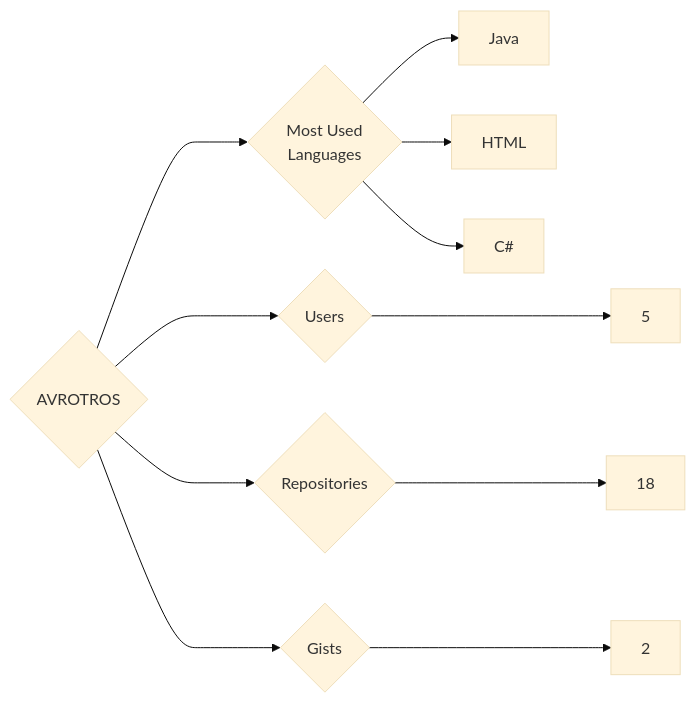
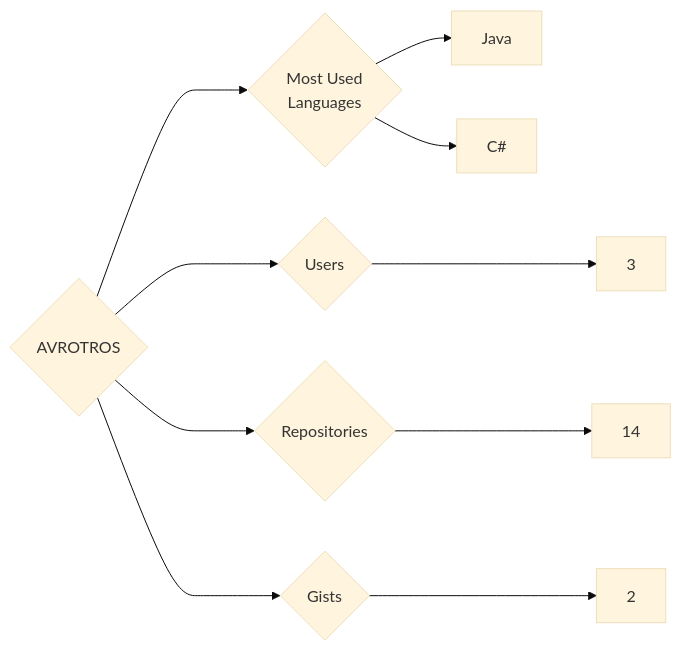
One commit to trickest/insiders changed the diagram in targets/AVROTROS/README.md. Above: the diagram before and after it, drawn with Mermaid (base theme). The commit also changed 837 other files, not shown here.

````diff
--- a/targets/AVROTROS/README.md
+++ b/targets/AVROTROS/README.md
@@ -3,11 +3,10 @@
 ```mermaid
 graph LR
 COMPANY_NAME{AVROTROS}
-COMPANY_NAME ---> U{Users} ---> UN[5]
-COMPANY_NAME ---> R{Repositories} ---> RN[18]
+COMPANY_NAME ---> U{Users} ---> UN[3]
+COMPANY_NAME ---> R{Repositories} ---> RN[14]
 COMPANY_NAME ---> G{Gists} ---> GN[2]
 COMPANY_NAME ---> ML{Most Used<br>Languages}
 ML --> Java[Java]
-ML --> HTML[HTML]
 ML --> C#[C#]
 ```
````
